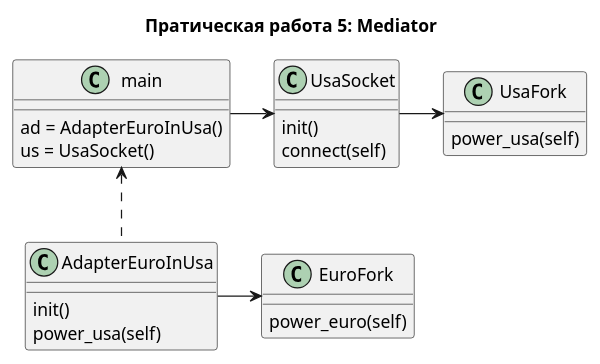
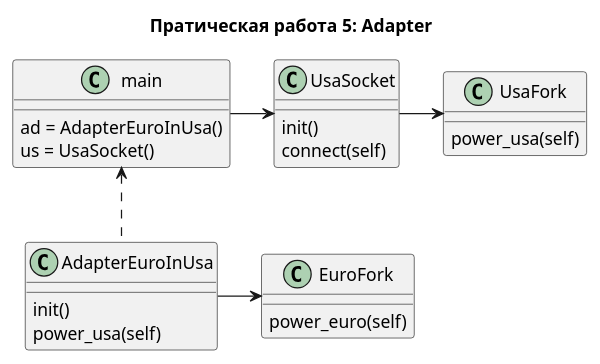
The diagram in lab5/pr5.4.puml (ksu9999/TMP), drawn with PlantUML before and after one commit. The commit also changed 2 other files, not shown here.

```diff
--- a/lab5/pr5.4.puml
+++ b/lab5/pr5.4.puml
@@ -1,31 +1,31 @@
 @startuml
-title Пратическая работа 5: Mediator
+title Пратическая работа 5: Adapter
 
 class main{
 ad = AdapterEuroInUsa()
 us = UsaSocket()
 }
 
 class UsaFork{
 power_usa(self)
 }
 
 class EuroFork{
 power_euro(self)
 }
 
 class UsaSocket{
 init()
 connect(self)
 }
 
 class AdapterEuroInUsa{
 init()
 power_usa(self)
 }
 
 main->UsaSocket
 main<..AdapterEuroInUsa
 AdapterEuroInUsa->EuroFork
 UsaSocket -> UsaFork
 @enduml
```
